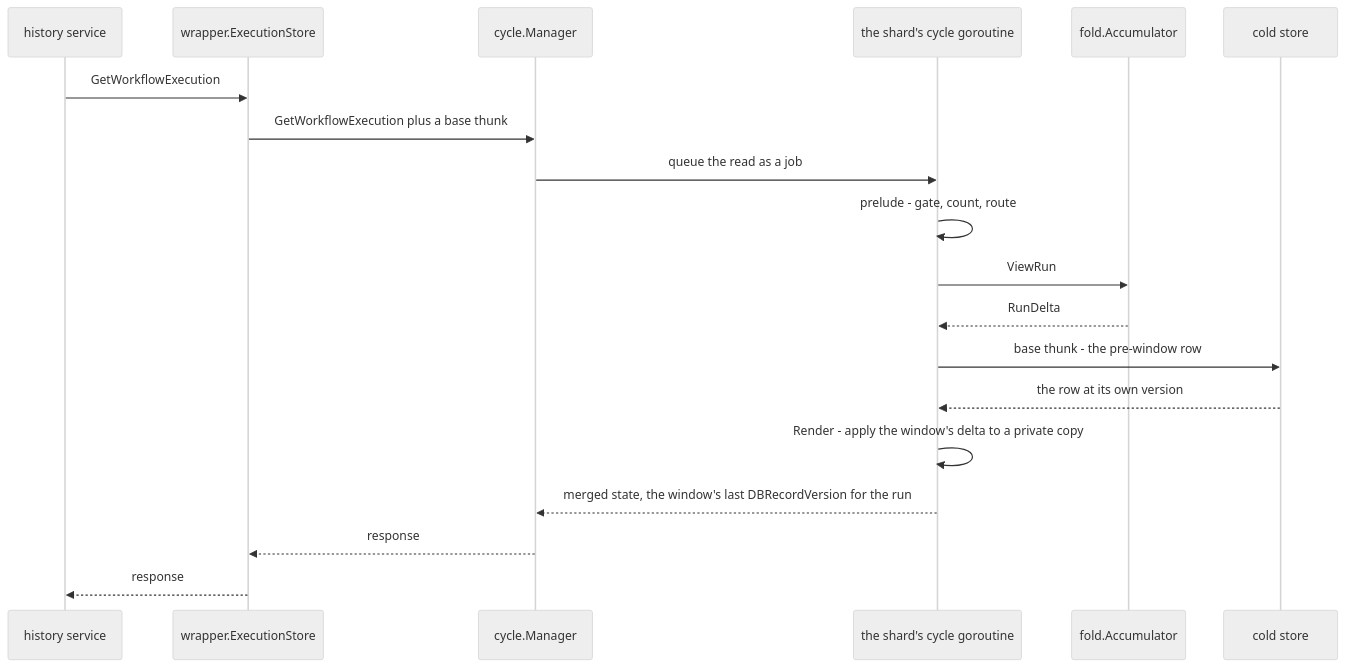
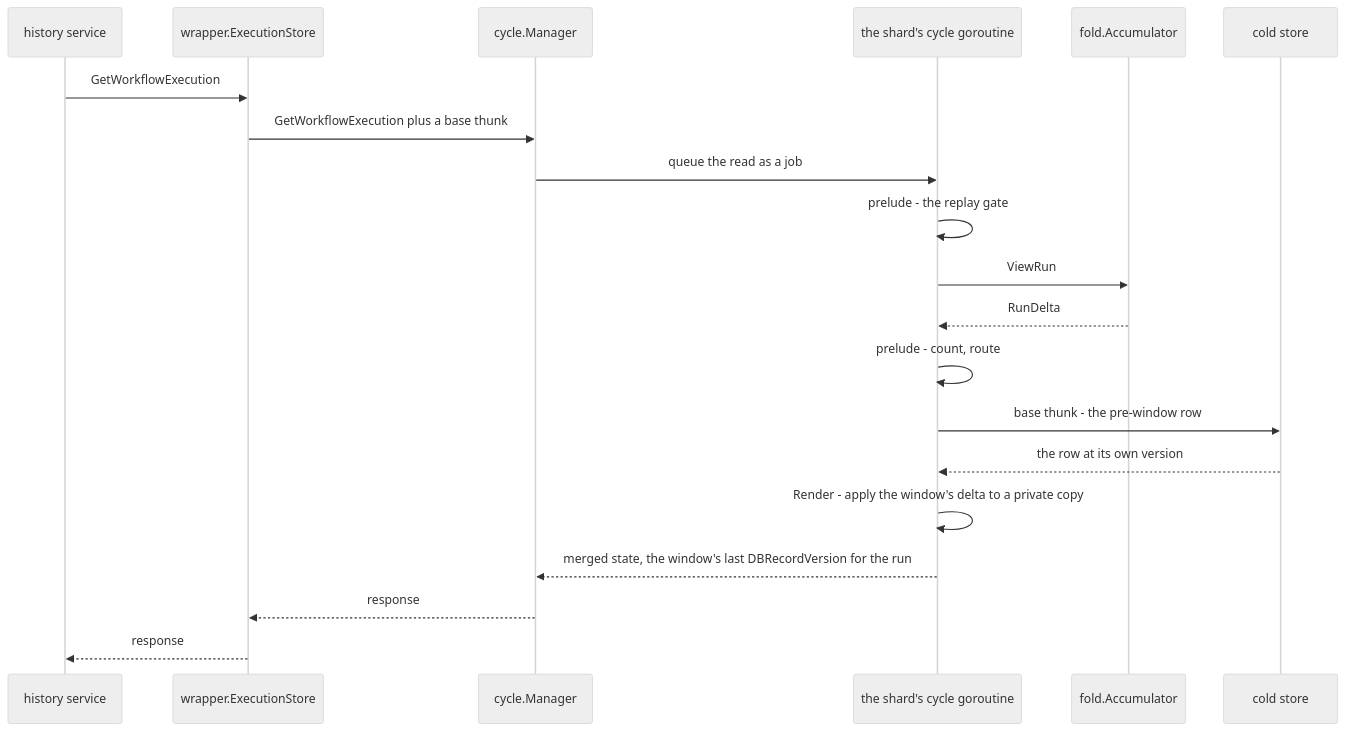
The second of 3 diagrams in docs/handbook/07-read-path.md (aromanovich/waltz), drawn with Mermaid (neutral theme) before and after one commit. The commit also changed other lines of this file and 187 other files, not shown here.

````diff
--- a/docs/handbook/07-read-path.md
+++ b/docs/handbook/07-read-path.md
@@ -258,22 +212,23 @@
 ```mermaid
 sequenceDiagram
     participant HS as history service
     participant ES as wrapper.ExecutionStore
     participant MG as cycle.Manager
     participant LP as the shard's cycle goroutine
     participant ACC as fold.Accumulator
     participant CS as cold store
 
     HS->>ES: GetWorkflowExecution
     ES->>MG: GetWorkflowExecution plus a base thunk
     MG->>LP: queue the read as a job
-    LP->>LP: prelude - gate, count, route
+    LP->>LP: prelude - the replay gate
     LP->>ACC: ViewRun
     ACC-->>LP: RunDelta
+    LP->>LP: prelude - count, route
     LP->>CS: base thunk - the pre-window row
     CS-->>LP: the row at its own version
     LP->>LP: Render - apply the window's delta to a private copy
     LP-->>MG: merged state, the window's last DBRecordVersion for the run
     MG-->>ES: response
     ES-->>HS: response
 ```
````
